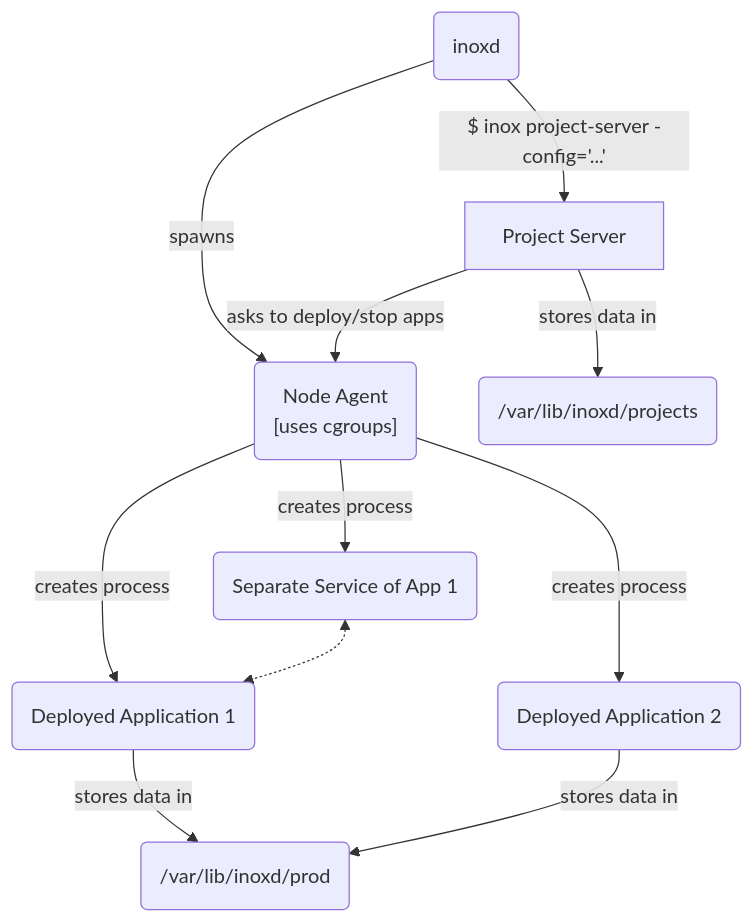
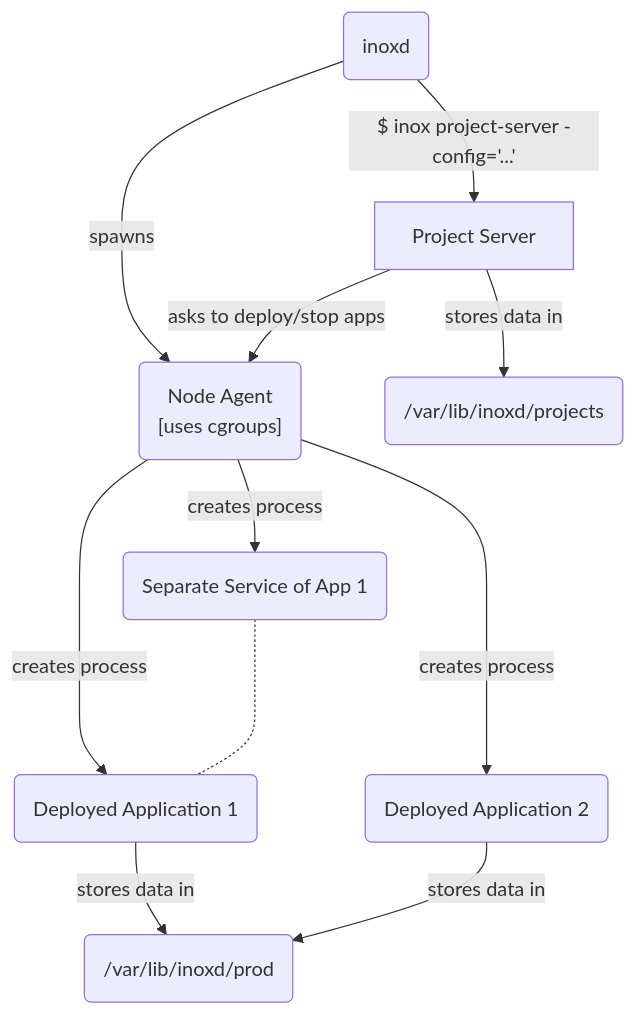
One commit to inoxlang/inox changed the second of 2 diagrams in internal/projectserver/README.md. Above: the diagram before and after it, drawn with Mermaid. The commit also changed 3 other files, not shown here.

````diff
--- a/internal/projectserver/README.md
+++ b/internal/projectserver/README.md
@@ -58,18 +58,18 @@
 ```mermaid
 graph TB
 
 Inoxd(inoxd) --> |$ inox project-server -config='...'| ProjectServer(Project Server)
 Inoxd --> |spawns| NodeAgent
 NodeAgent("Node Agent \n [uses cgroups]") --> |creates process| DeployedApp1(Deployed Application 1)
 NodeAgent --> |creates process| DeployedApp2(Deployed Application 2)
 NodeAgent --> |creates process| ServiceModule(Separate Service of App 1)
-ServiceModule <-.-> DeployedApp1
+ServiceModule -..- DeployedApp1
 DeployedApp1 --> |stores data in| ProdDir
 DeployedApp2 --> |stores data in| ProdDir
 
 ProjectServer[Project Server] --> |stores data in| ProjectsDir
 ProjectServer --> |asks to deploy/stop apps| NodeAgent
 
 ProjectsDir(/var/lib/inoxd/projects)
 ProdDir(/var/lib/inoxd/prod)
 ```
````
